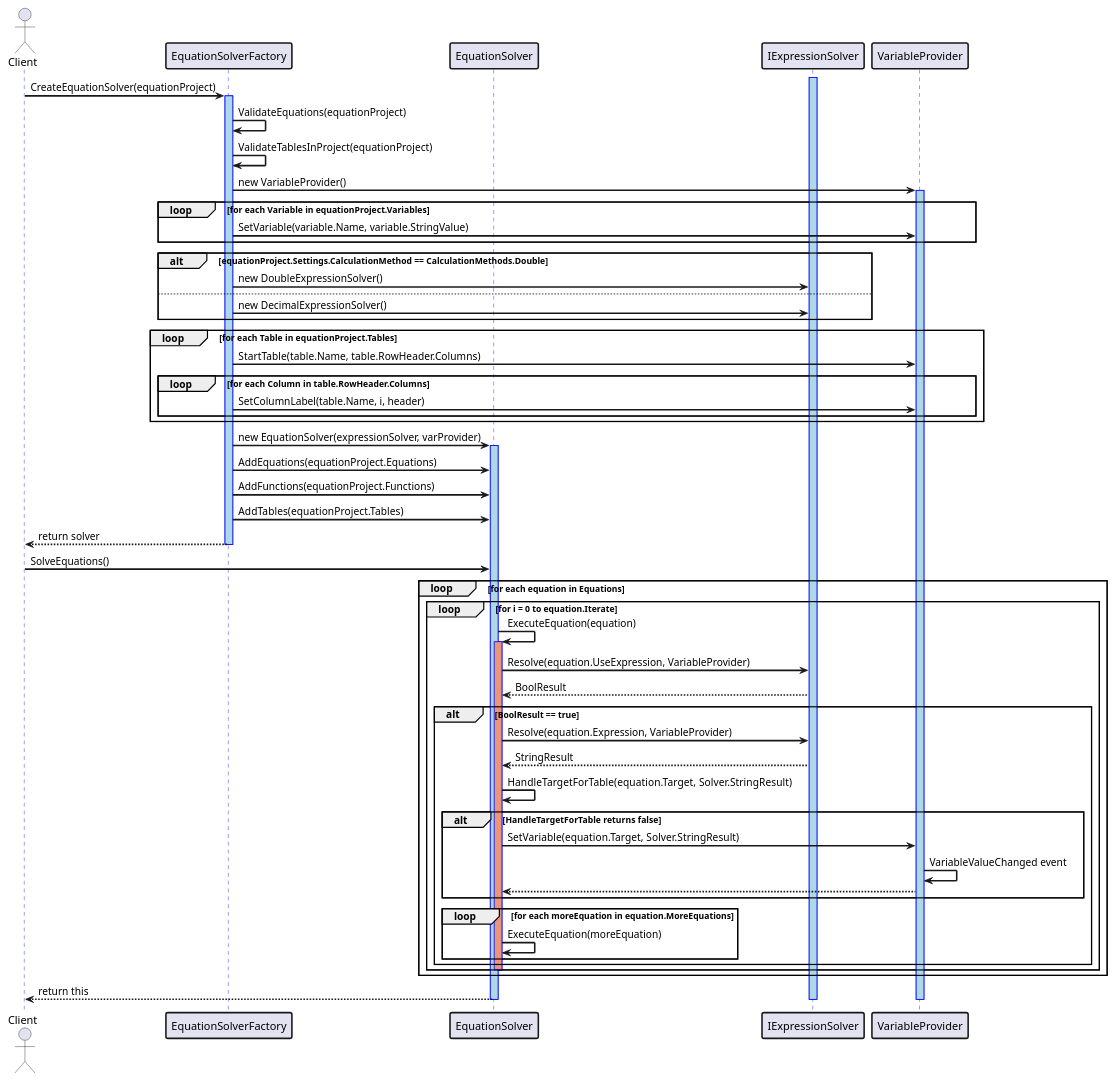
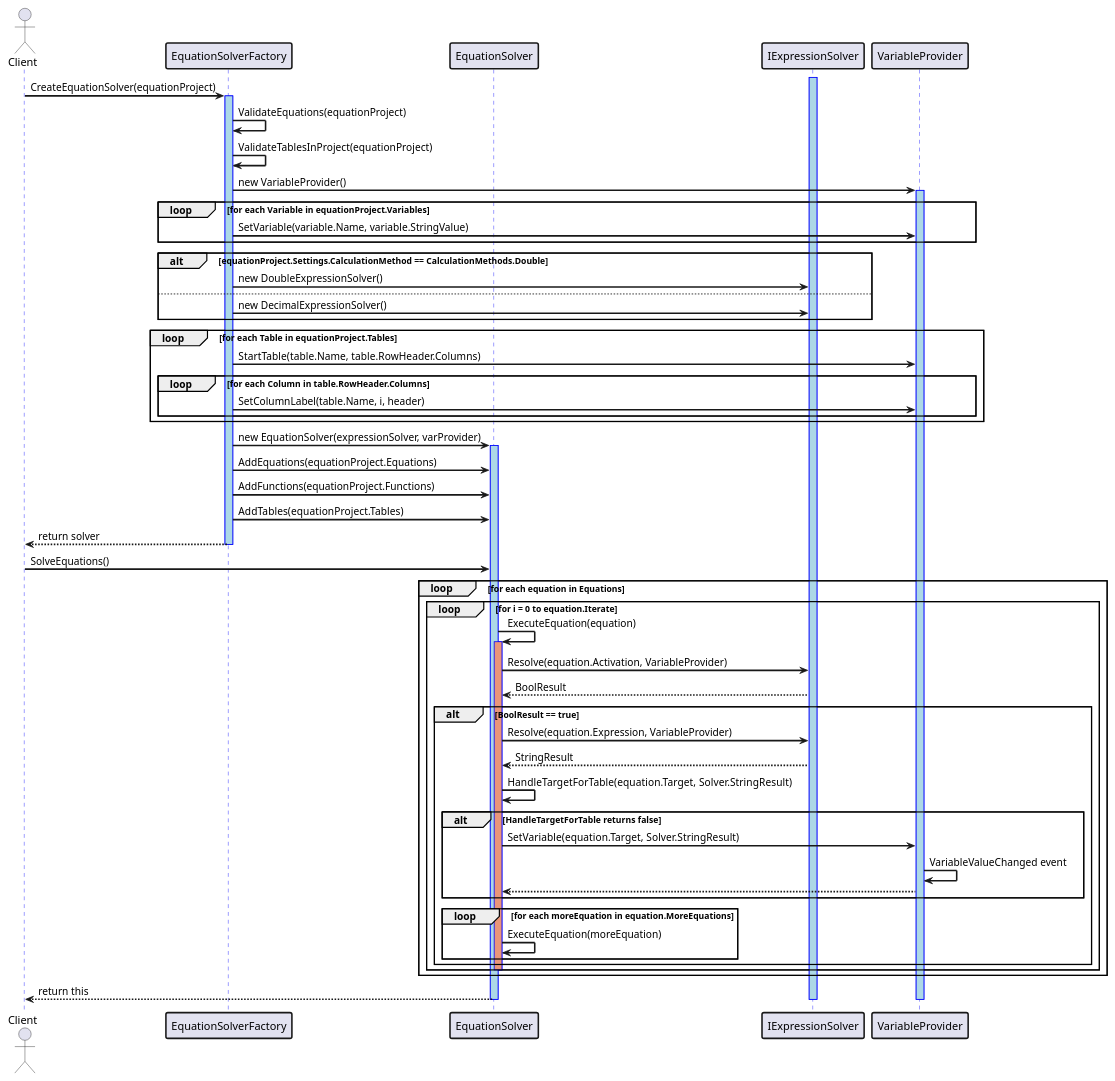
The diagram in plantuml/sequence_diagram.puml (JeffBramlett/EquationSolvr), drawn with PlantUML before and after one commit. The commit also changed 8 other files, not shown here.

Commit message:
Update PlantUML diagrams: rename UseExpression to Activation and add new diagrams

```diff
--- a/plantuml/sequence_diagram.puml
+++ b/plantuml/sequence_diagram.puml
@@ -1,87 +1,87 @@
 @startuml EquationSolver Sequence Diagram
 
 skinparam sequenceArrowThickness 2
 skinparam sequenceParticipantBorderThickness 2
 skinparam sequenceLifeLineBorderColor blue
 skinparam sequenceLifeLineBackgroundColor lightblue
 
 actor Client
 participant "EquationSolverFactory" as Factory
 participant "EquationSolver" as Solver
 participant "IExpressionSolver" as ExprSolver
 participant "VariableProvider" as VarProvider
 
 Client -> Factory : CreateEquationSolver(equationProject)
 activate Factory
 
 Factory -> Factory : ValidateEquations(equationProject)
 Factory -> Factory : ValidateTablesInProject(equationProject)
 
 Factory -> VarProvider : new VariableProvider()
 activate VarProvider
 
 loop for each Variable in equationProject.Variables
     Factory -> VarProvider : SetVariable(variable.Name, variable.StringValue)
 end
 
 alt equationProject.Settings.CalculationMethod == CalculationMethods.Double
     Factory -> ExprSolver : new DoubleExpressionSolver()
 else
     Factory -> ExprSolver : new DecimalExpressionSolver()
 end
 activate ExprSolver
 
 loop for each Table in equationProject.Tables
     Factory -> VarProvider : StartTable(table.Name, table.RowHeader.Columns)
     loop for each Column in table.RowHeader.Columns
         Factory -> VarProvider : SetColumnLabel(table.Name, i, header)
     end
 end
 
 Factory -> Solver : new EquationSolver(expressionSolver, varProvider)
 activate Solver
 
 Factory -> Solver : AddEquations(equationProject.Equations)
 Factory -> Solver : AddFunctions(equationProject.Functions)
 Factory -> Solver : AddTables(equationProject.Tables)
 
 Factory --> Client : return solver
 deactivate Factory
 
 Client -> Solver : SolveEquations()
 
 loop for each equation in Equations
     loop for i = 0 to equation.Iterate
         Solver -> Solver : ExecuteEquation(equation)
         activate Solver #DarkSalmon
         
-        Solver -> ExprSolver : Resolve(equation.UseExpression, VariableProvider)
+        Solver -> ExprSolver : Resolve(equation.Activation, VariableProvider)
         ExprSolver --> Solver : BoolResult
         
         alt BoolResult == true
             Solver -> ExprSolver : Resolve(equation.Expression, VariableProvider)
             ExprSolver --> Solver : StringResult
             
             Solver -> Solver : HandleTargetForTable(equation.Target, Solver.StringResult)
             
             alt HandleTargetForTable returns false
                 Solver -> VarProvider : SetVariable(equation.Target, Solver.StringResult)
                 VarProvider -> VarProvider : VariableValueChanged event
                 VarProvider --> Solver
             end
             
             loop for each moreEquation in equation.MoreEquations
                 Solver -> Solver : ExecuteEquation(moreEquation)
             end
         end
         
         deactivate Solver
     end
 end
 
 Solver --> Client : return this
 deactivate Solver
 deactivate ExprSolver
 deactivate VarProvider
 
 @enduml
```
